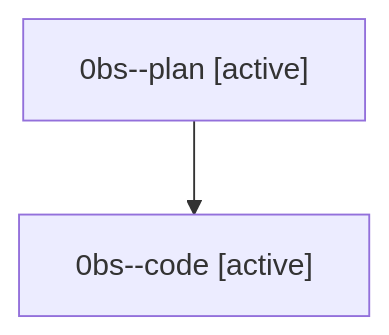
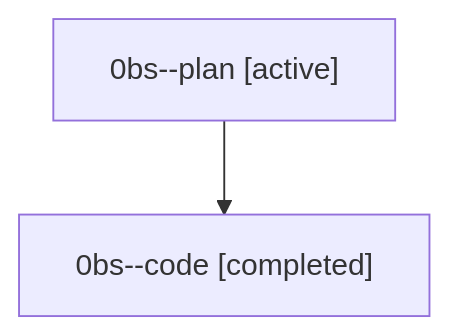
Before and after one commit to sase-org/sase--agents: the diagram in families/bbugyi200.athena.0bs.md, drawn with Mermaid. The commit also changed other lines of this file and 35830 other files, not shown here.

````diff
--- a/families/bbugyi200.athena.0bs.md
+++ b/families/bbugyi200.athena.0bs.md
@@ -9,6 +9,6 @@
 ```mermaid
 flowchart TD
   n0["0bs--plan [active]"]
-  n1["0bs--code [active]"]
+  n1["0bs--code [completed]"]
   n0 --> n1
 ```
````
